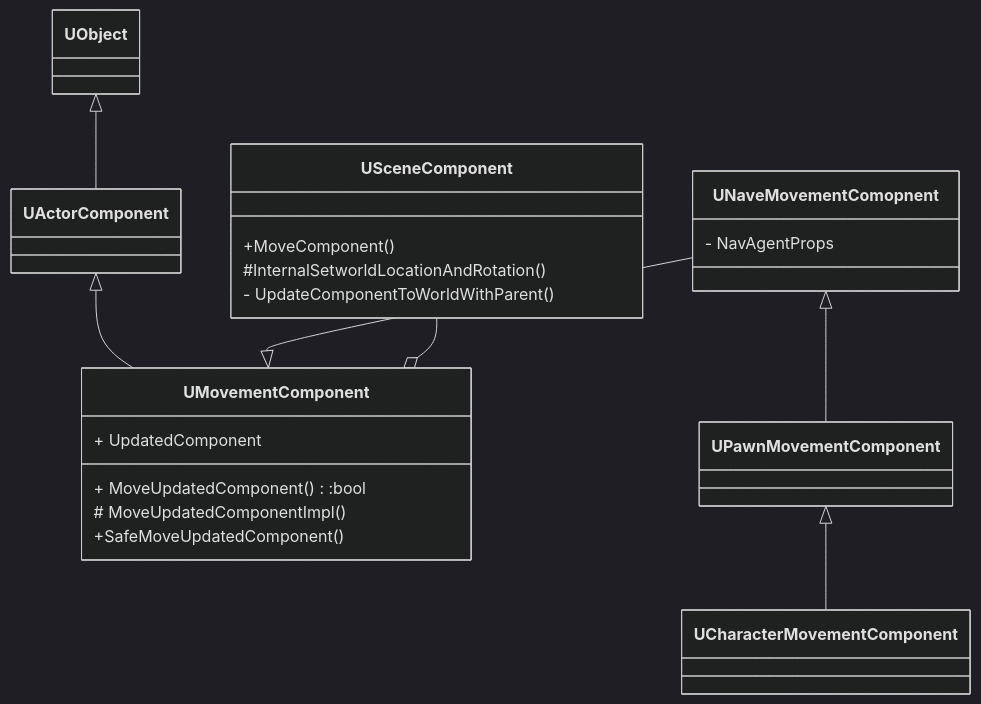
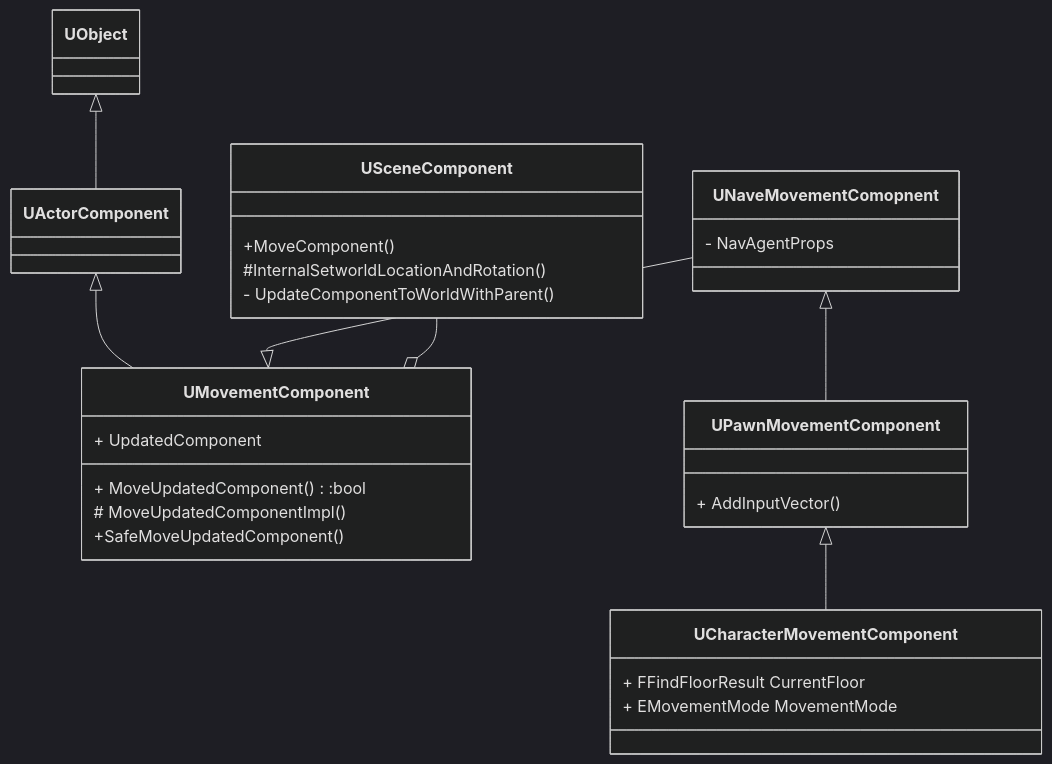
The diagram in Unreal/Note/CharacterMovementComponent.md (ASKD163/Note), drawn with Mermaid (dark theme) before and after one commit. The commit also changed other lines of this file, not shown here.

````diff
--- a/Unreal/Note/CharacterMovementComponent.md
+++ b/Unreal/Note/CharacterMovementComponent.md
@@ -17,24 +17,31 @@
 ```mermaid
 classDiagram 
 class UMovementComponent{
 	+ UpdatedComponent
 	+ MoveUpdatedComponent():bool
 	# MoveUpdatedComponentImpl()
 	+SafeMoveUpdatedComponent()
 }
 class USceneComponent{
 	+MoveComponent()
 	#InternalSetworldLocationAndRotation()
 	- UpdateComponentToWorldWithParent()
 }
 class UNaveMovementComopnent{
 	- NavAgentProps
 }
+class UPawnMovementComponent {
+	+ AddInputVector()
+}
+class UCharacterMovementComponent {
+	+ FFindFloorResult CurrentFloor
+	+ EMovementMode MovementMode
+}
 UObject <|-- UActorComponent
 UActorComponent <|-- UMovementComponent
 UPawnMovementComponent <|-- UCharacterMovementComponent
 UNaveMovementComopnent <|-- UPawnMovementComponent
 UNaveMovementComopnent --|> UMovementComponent
 USceneComponent --o UMovementComponent
 
 ```
````
